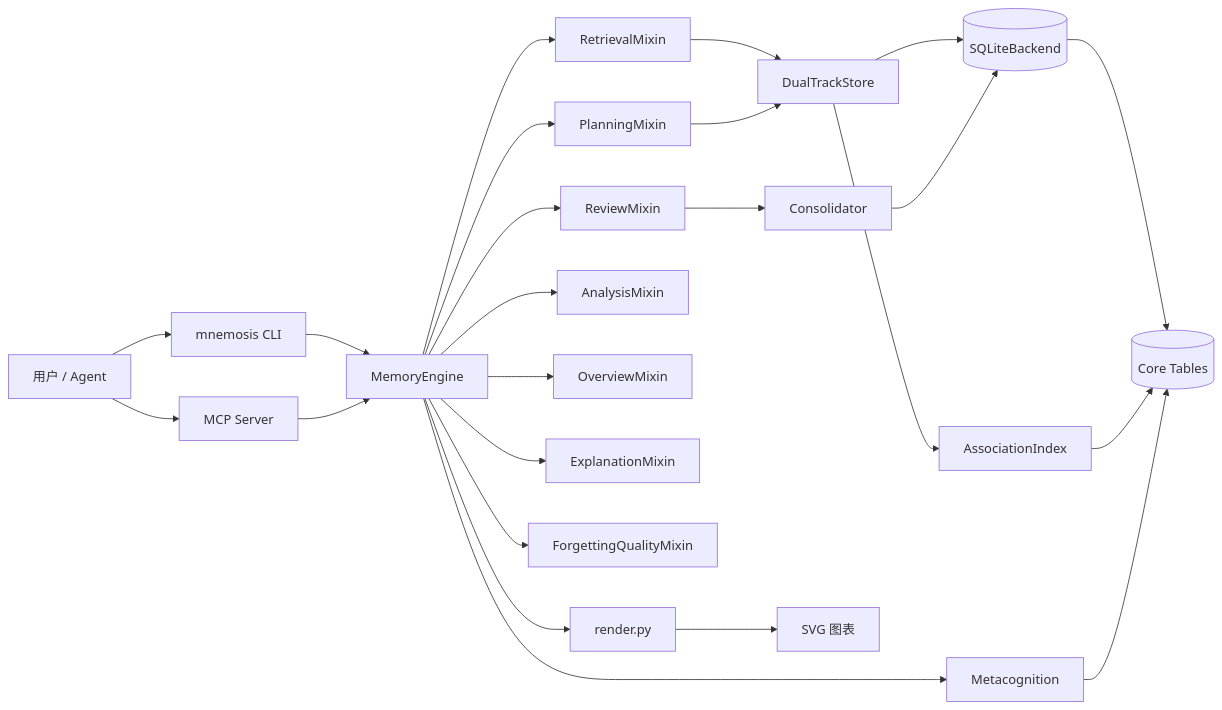
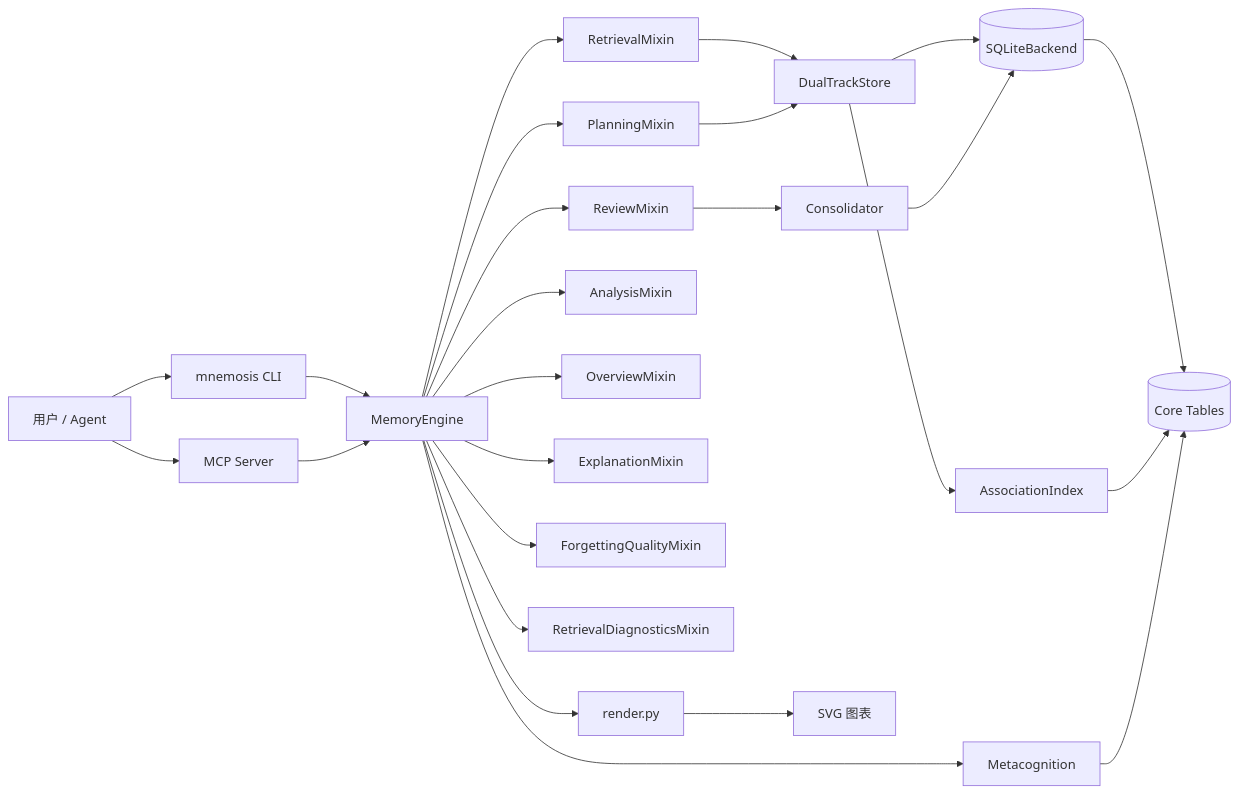
The diagram in docs/architecture.md (liyexiaoyi/Mnemosis), drawn with Mermaid before and after one commit. The commit also changed other lines of this file and 3 other files, not shown here.

Commit message:
refactor: split retrieval diagnostics methods into RetrievalDiagnosticsMixin (eleventh slice)

````diff
--- a/docs/architecture.md
+++ b/docs/architecture.md
@@ -82,26 +83,27 @@
 ```mermaid
 flowchart LR
     U["用户 / Agent"] --> CLI["mnemosis CLI"]
     U --> MCP["MCP Server"]
     CLI --> E[MemoryEngine]
     MCP --> E
     E --> RM[RetrievalMixin]
     E --> PM[PlanningMixin]
     E --> VM[ReviewMixin]
     E --> AM[AnalysisMixin]
     E --> OM[OverviewMixin]
     E --> EM[ExplanationMixin]
     E --> FM[ForgettingQualityMixin]
+    E --> RD[RetrievalDiagnosticsMixin]
     RM --> DT[DualTrackStore]
     PM --> DT
     VM --> C[Consolidator]
     DT --> B[(SQLiteBackend)]
     C --> B
     B --> L[("Core Tables")]
     DT --> AI[AssociationIndex]
     E --> MC[Metacognition]
     E --> R[render.py]
     R --> SVG["SVG 图表"]
     AI --> L
     MC --> L
 ```
````
